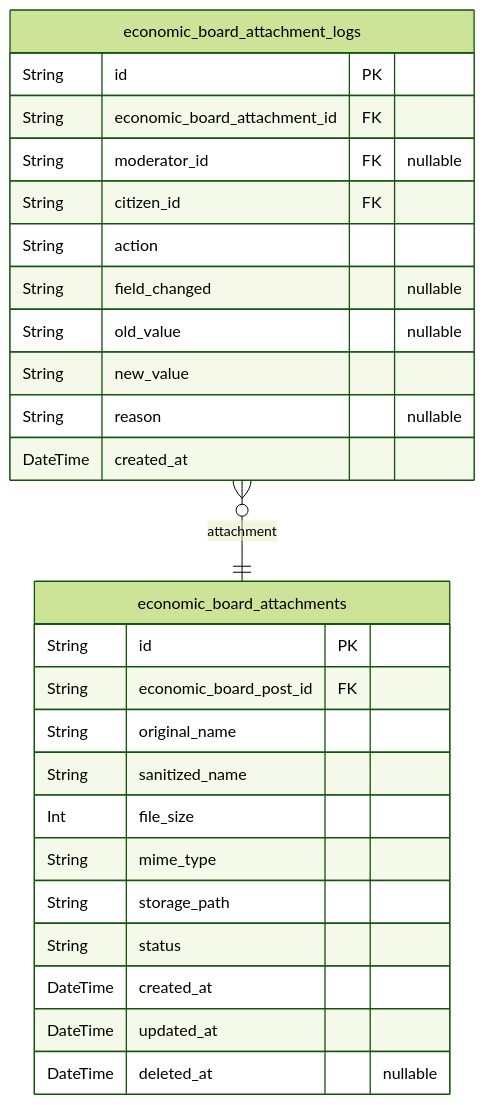
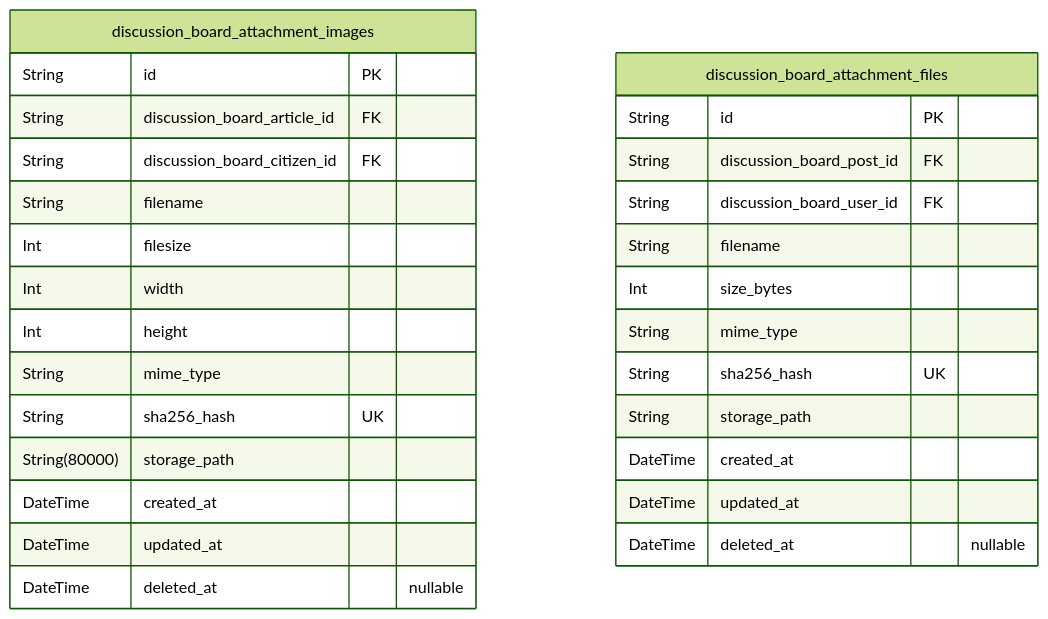
One commit to wrtnlabs/autobe-examples changed the fifth of 9 diagrams in qwen/qwen3-next-80b-a3b-instruct/bbs/docs/ERD.md. Above: the diagram before and after it, drawn with Mermaid (forest theme). The commit also changed other lines of this file and 6988 other files, not shown here.

````diff
--- a/qwen/qwen3-next-80b-a3b-instruct/bbs/docs/ERD.md
+++ b/qwen/qwen3-next-80b-a3b-instruct/bbs/docs/ERD.md
@@ -606,29 +1508,31 @@
 ```mermaid
 erDiagram
-"economic_board_attachments" {
+"discussion_board_attachment_images" {
   String id PK
-  String economic_board_post_id FK
-  String original_name
-  String sanitized_name
-  Int file_size
+  String discussion_board_article_id FK
+  String discussion_board_citizen_id FK
+  String filename
+  Int filesize
+  Int width
+  Int height
   String mime_type
-  String storage_path
-  String status
+  String sha256_hash UK
+  String(80000) storage_path
   DateTime created_at
   DateTime updated_at
   DateTime deleted_at "nullable"
 }
-"economic_board_attachment_logs" {
+"discussion_board_attachment_files" {
   String id PK
-  String economic_board_attachment_id FK
-  String moderator_id FK "nullable"
-  String citizen_id FK
-  String action
-  String field_changed "nullable"
-  String old_value "nullable"
-  String new_value
-  String reason "nullable"
+  String discussion_board_post_id FK
+  String discussion_board_user_id FK
+  String filename
+  Int size_bytes
+  String mime_type
+  String sha256_hash UK
+  String storage_path
   DateTime created_at
+  DateTime updated_at
+  DateTime deleted_at "nullable"
 }
-"economic_board_attachment_logs" }o--|| "economic_board_attachments" : attachment
 ```
````
